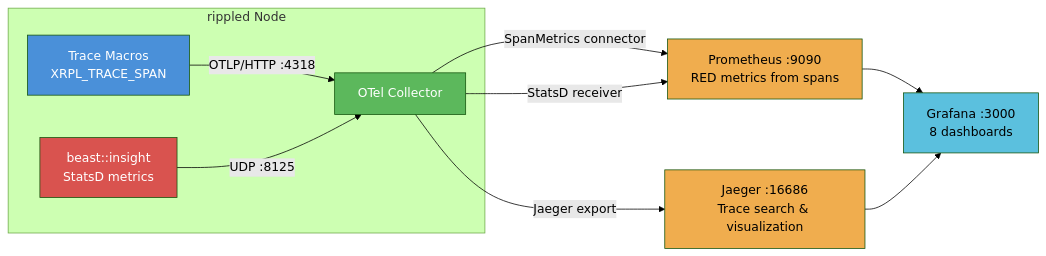
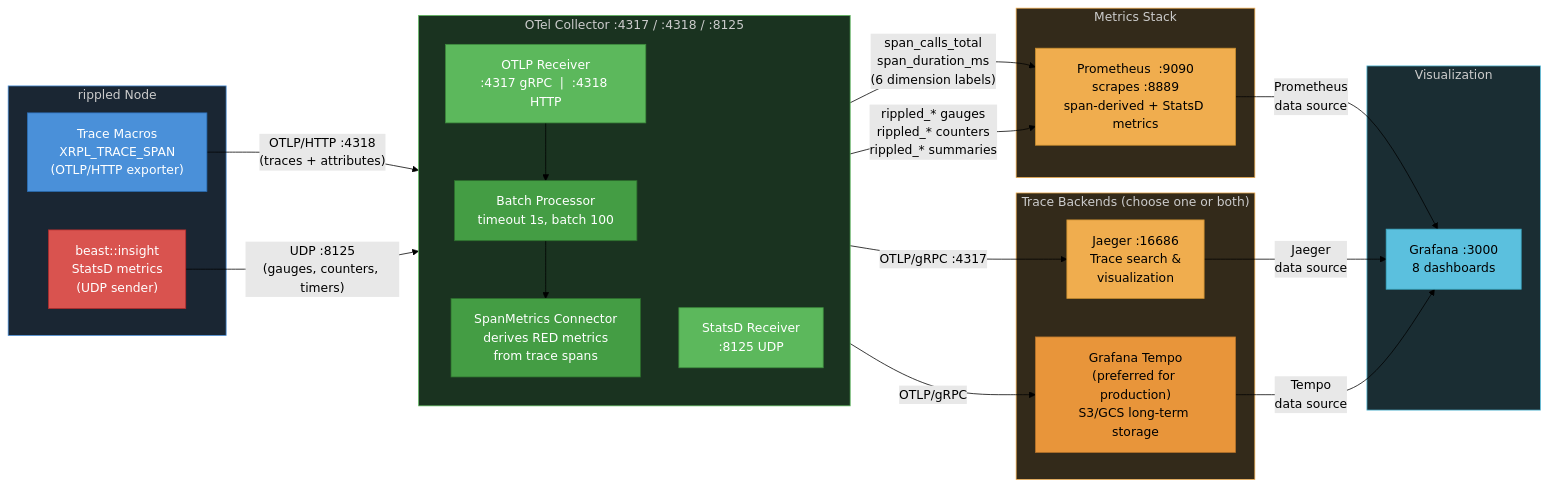
The diagram in OpenTelemetryPlan/09-data-collection-reference.md (mvanhorn/rippled), drawn with Mermaid (forest theme) before and after one commit. The commit also changed other lines of this file, not shown here.

Commit message:
document updates

````diff
--- a/OpenTelemetryPlan/09-data-collection-reference.md
+++ b/OpenTelemetryPlan/09-data-collection-reference.md
@@ -7,19 +9,60 @@
 ```mermaid
 graph LR
-    subgraph rippled Node
-        A[Trace Macros<br>XRPL_TRACE_SPAN] -->|OTLP/HTTP :4318| C[OTel Collector]
-        B[beast::insight<br>StatsD metrics] -->|UDP :8125| C
+    subgraph rippledNode["rippled Node"]
+        A["Trace Macros<br/>XRPL_TRACE_SPAN<br/>(OTLP/HTTP exporter)"]
+        B["beast::insight<br/>StatsD metrics<br/>(UDP sender)"]
     end
-    C -->|Jaeger export| D[Jaeger :16686<br>Trace search & visualization]
-    C -->|SpanMetrics connector| E[Prometheus :9090<br>RED metrics from spans]
-    C -->|StatsD receiver| E
-    E --> F[Grafana :3000<br>8 dashboards]
-    D --> F
 
-    style A fill:#4a90d9,color:#fff
-    style B fill:#d9534f,color:#fff
-    style C fill:#5cb85c,color:#fff
-    style D fill:#f0ad4e,color:#000
-    style E fill:#f0ad4e,color:#000
-    style F fill:#5bc0de,color:#000
+    subgraph collector["OTel Collector  :4317 / :4318 / :8125"]
+        direction TB
+        R1["OTLP Receiver<br/>:4317 gRPC  |  :4318 HTTP"]
+        R2["StatsD Receiver<br/>:8125 UDP"]
+        BP["Batch Processor<br/>timeout 1s, batch 100"]
+        SM["SpanMetrics Connector<br/>derives RED metrics<br/>from trace spans"]
+
+        R1 --> BP
+        BP --> SM
+    end
+
+    subgraph backends["Trace Backends  (choose one or both)"]
+        D["Jaeger  :16686<br/>Trace search &<br/>visualization"]
+        T["Grafana Tempo<br/>(preferred for production)<br/>S3/GCS long-term storage"]
+    end
+
+    subgraph metrics["Metrics Stack"]
+        E["Prometheus  :9090<br/>scrapes :8889<br/>span-derived + StatsD metrics"]
+    end
+
+    subgraph viz["Visualization"]
+        F["Grafana  :3000<br/>8 dashboards"]
+    end
+
+    A -->|"OTLP/HTTP :4318<br/>(traces + attributes)"| R1
+    B -->|"UDP :8125<br/>(gauges, counters, timers)"| R2
+
+    BP -->|"OTLP/gRPC :4317"| D
+    BP -->|"OTLP/gRPC"| T
+
+    SM -->|"span_calls_total<br/>span_duration_ms<br/>(6 dimension labels)"| E
+    R2 -->|"rippled_* gauges<br/>rippled_* counters<br/>rippled_* summaries"| E
+
+    E -->|"Prometheus<br/>data source"| F
+    D -->|"Jaeger<br/>data source"| F
+    T -->|"Tempo<br/>data source"| F
+
+    style A fill:#4a90d9,color:#fff,stroke:#2a6db5
+    style B fill:#d9534f,color:#fff,stroke:#b52d2d
+    style R1 fill:#5cb85c,color:#fff,stroke:#3d8b3d
+    style R2 fill:#5cb85c,color:#fff,stroke:#3d8b3d
+    style BP fill:#449d44,color:#fff,stroke:#2d6e2d
+    style SM fill:#449d44,color:#fff,stroke:#2d6e2d
+    style D fill:#f0ad4e,color:#000,stroke:#c78c2e
+    style T fill:#e8953a,color:#000,stroke:#b5732a
+    style E fill:#f0ad4e,color:#000,stroke:#c78c2e
+    style F fill:#5bc0de,color:#000,stroke:#3aa8c1
+    style rippledNode fill:#1a2633,color:#ccc,stroke:#4a90d9
+    style collector fill:#1a3320,color:#ccc,stroke:#5cb85c
+    style backends fill:#332a1a,color:#ccc,stroke:#f0ad4e
+    style metrics fill:#332a1a,color:#ccc,stroke:#f0ad4e
+    style viz fill:#1a2d33,color:#ccc,stroke:#5bc0de
 ```
````
